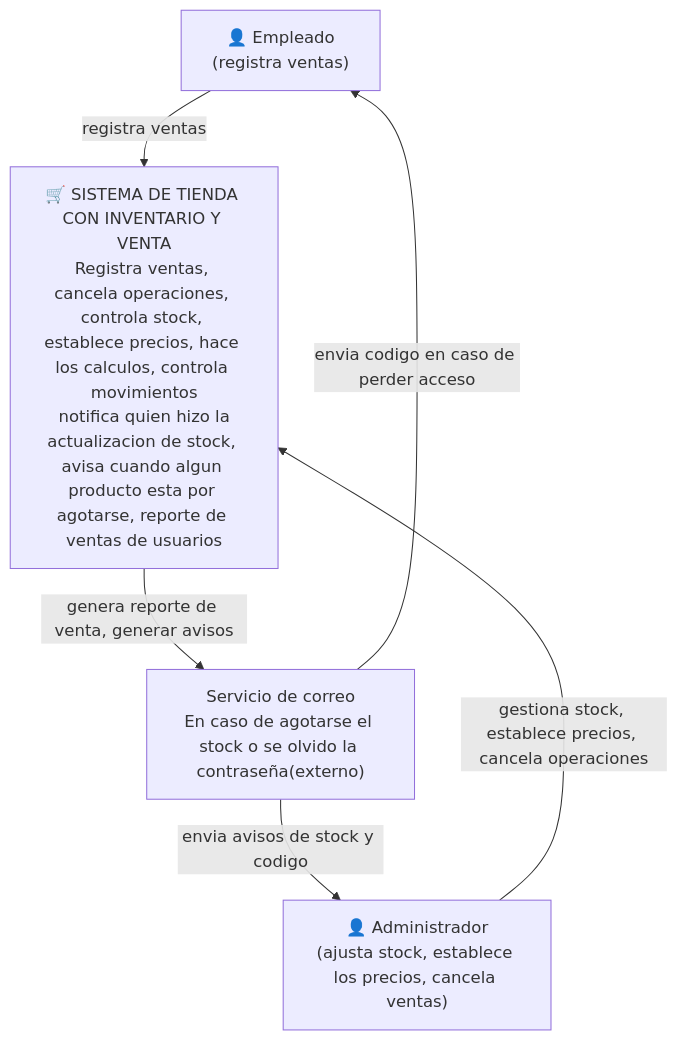
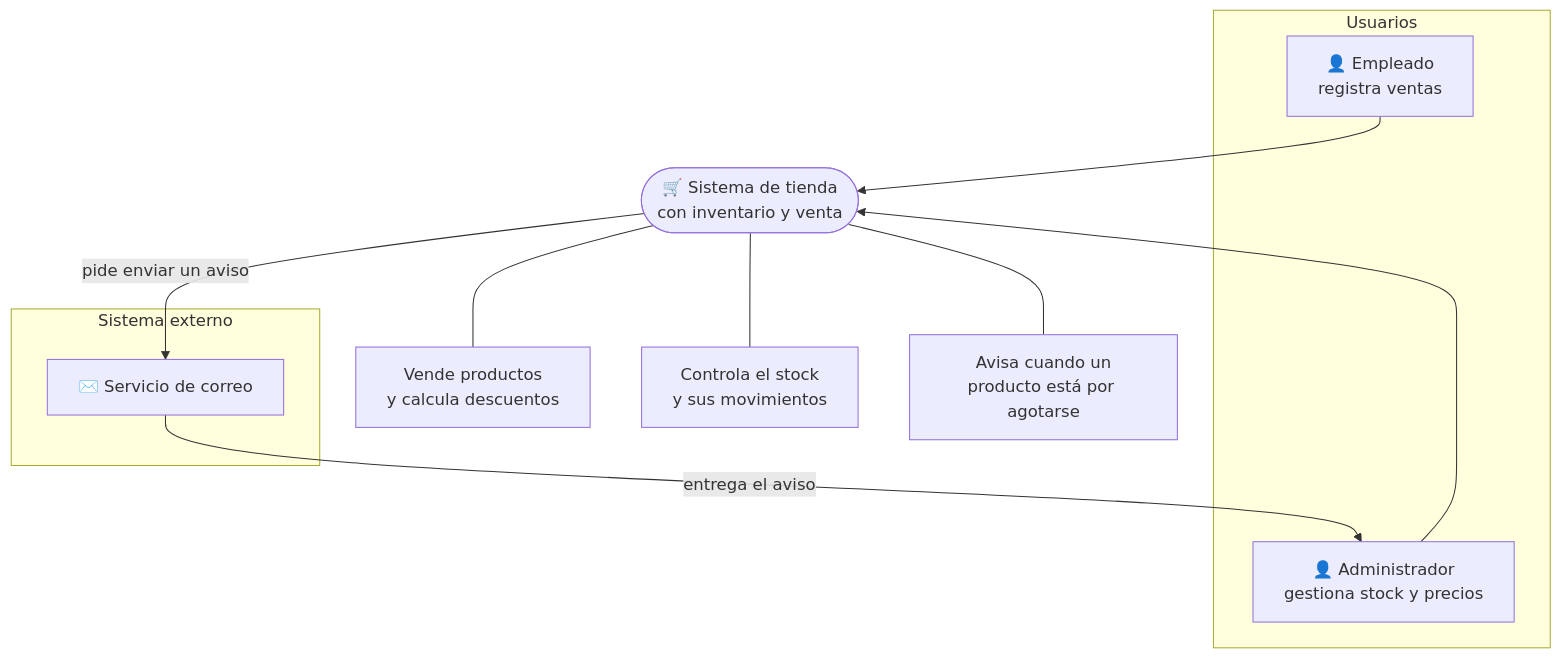
One commit to alejandrxmxnt/expediente-arq-montano changed the first of 2 diagrams in H4/readme.md. Above: the diagram before and after it, drawn with Mermaid. The commit also changed 2 other files, not shown here.

Commit message:
Correcciones en mi adr y readme para la defensa

````diff
--- a/H4/readme.md
+++ b/H4/readme.md
@@ -9,14 +9,27 @@
 ```mermaid
 flowchart TB
-    empleado["👤 Empleado<br>(registra ventas)"]
-    admin["👤 Administrador<br>(ajusta stock, establece los precios, cancela ventas)"]
+    subgraph actores["Usuarios"]
+        empleado["👤 Empleado<br>registra ventas"]
+        admin["👤 Administrador<br>gestiona stock y precios"]
+    end
 
-    sistema["🛒 SISTEMA DE TIENDA CON INVENTARIO Y VENTA<br>Registra ventas, cancela operaciones, controla stock, establece precios, hace los calculos, controla movimientos<br> notifica quien hizo la actualizacion de stock, avisa cuando algun producto esta por agotarse, reporte de ventas de usuarios "]
-    correo["Servicio de correo<br>En caso de agotarse el stock o se olvido la contraseña(externo)"]
+    sistema(["🛒 Sistema de tienda<br>con inventario y venta"])
 
-    empleado -->|"registra ventas"| sistema
-    admin -->|"gestiona stock, establece precios, cancela operaciones"| sistema
-    sistema -->|"genera reporte de venta, generar avisos"| correo
-    correo -->|"envia codigo en caso de perder acceso"| empleado
-    correo -->|"envia avisos de stock y codigo"| admin
+    ventas["Vende productos<br>y calcula descuentos"]
+    stock["Controla el stock<br>y sus movimientos"]
+    avisos["Avisa cuando un<br>producto está por agotarse"]
+
+    subgraph externo["Sistema externo"]
+        correo["✉️ Servicio de correo"]
+    end
+
+    empleado --> sistema
+    admin --> sistema
+
+    sistema --- ventas
+    sistema --- stock
+    sistema --- avisos
+
+    sistema -->|"pide enviar un aviso"| correo
+    correo -->|"entrega el aviso"| admin
 ```
````
